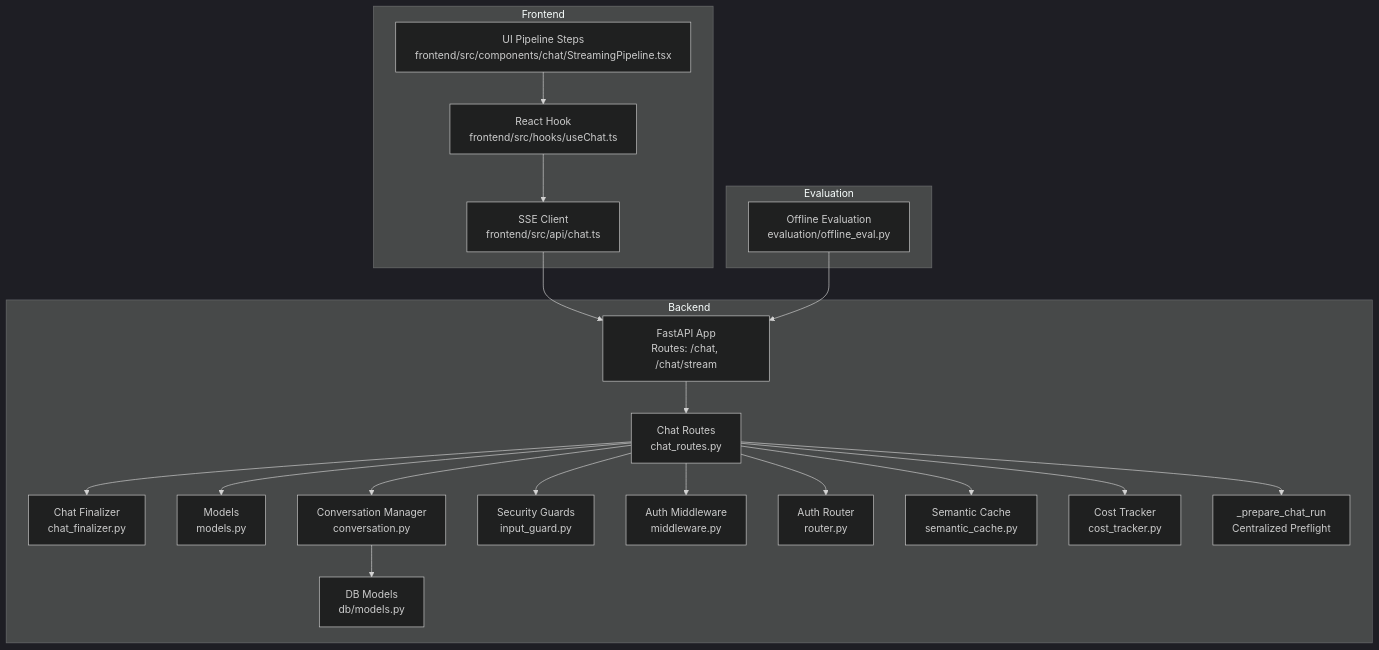
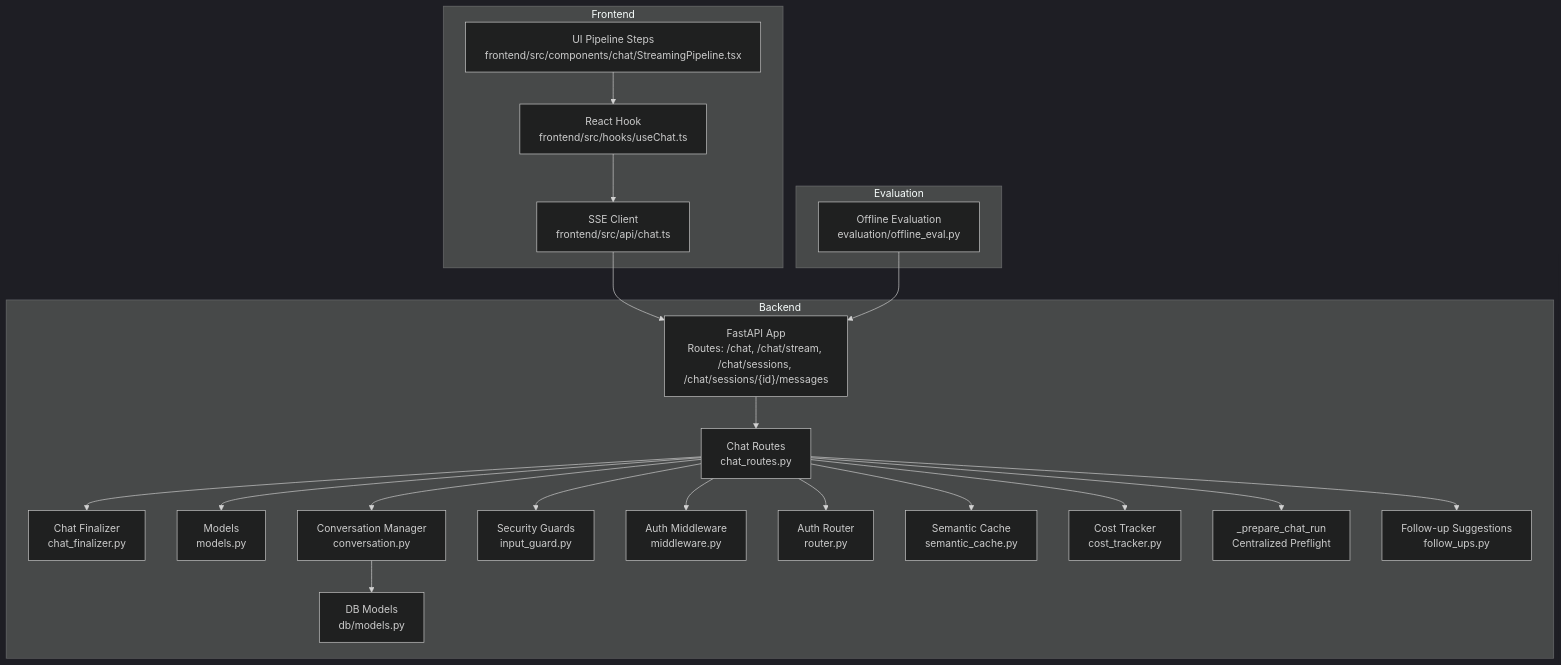
Before and after one commit to genes8/private-ai: the first of 7 diagrams in .qoder/repowiki/en/content/Backend Development/API Endpoints/Chat Endpoints.md, drawn with Mermaid (dark theme). The commit also changed other lines of this file and 36 other files, not shown here.

````diff
--- a/.qoder/repowiki/en/content/Backend Development/API Endpoints/Chat Endpoints.md
+++ b/.qoder/repowiki/en/content/Backend Development/API Endpoints/Chat Endpoints.md
@@ -57,40 +61,42 @@
 ```mermaid
 graph TB
 subgraph "Backend"
-A["FastAPI App<br/>Routes: /chat, /chat/stream"]
+A["FastAPI App<br/>Routes: /chat, /chat/stream, /chat/sessions, /chat/sessions/{id}/messages"]
 B["Chat Routes<br/>chat_routes.py"]
 C["Chat Finalizer<br/>chat_finalizer.py"]
 D["Models<br/>models.py"]
 E["Conversation Manager<br/>conversation.py"]
 F["Security Guards<br/>input_guard.py"]
 G["Auth Middleware<br/>middleware.py"]
 H["Auth Router<br/>router.py"]
 I["Semantic Cache<br/>semantic_cache.py"]
 J["DB Models<br/>db/models.py"]
 K["Cost Tracker<br/>cost_tracker.py"]
 L["_prepare_chat_run<br/>Centralized Preflight"]
+M["Follow-up Suggestions<br/>follow_ups.py"]
 end
 subgraph "Frontend"
-M["SSE Client<br/>frontend/src/api/chat.ts"]
-N["React Hook<br/>frontend/src/hooks/useChat.ts"]
-O["UI Pipeline Steps<br/>frontend/src/components/chat/StreamingPipeline.tsx"]
+N["SSE Client<br/>frontend/src/api/chat.ts"]
+O["React Hook<br/>frontend/src/hooks/useChat.ts"]
+P["UI Pipeline Steps<br/>frontend/src/components/chat/StreamingPipeline.tsx"]
 end
 subgraph "Evaluation"
-P["Offline Evaluation<br/>evaluation/offline_eval.py"]
+Q["Offline Evaluation<br/>evaluation/offline_eval.py"]
 end
-M --> A
-N --> M
+N --> A
 O --> N
-P --> A
+P --> O
+Q --> A
 A --> B
 B --> L
 B --> C
 B --> D
 B --> E
 B --> F
 B --> G
 B --> H
 B --> I
 B --> K
+B --> M
 E --> J
 ```
````
